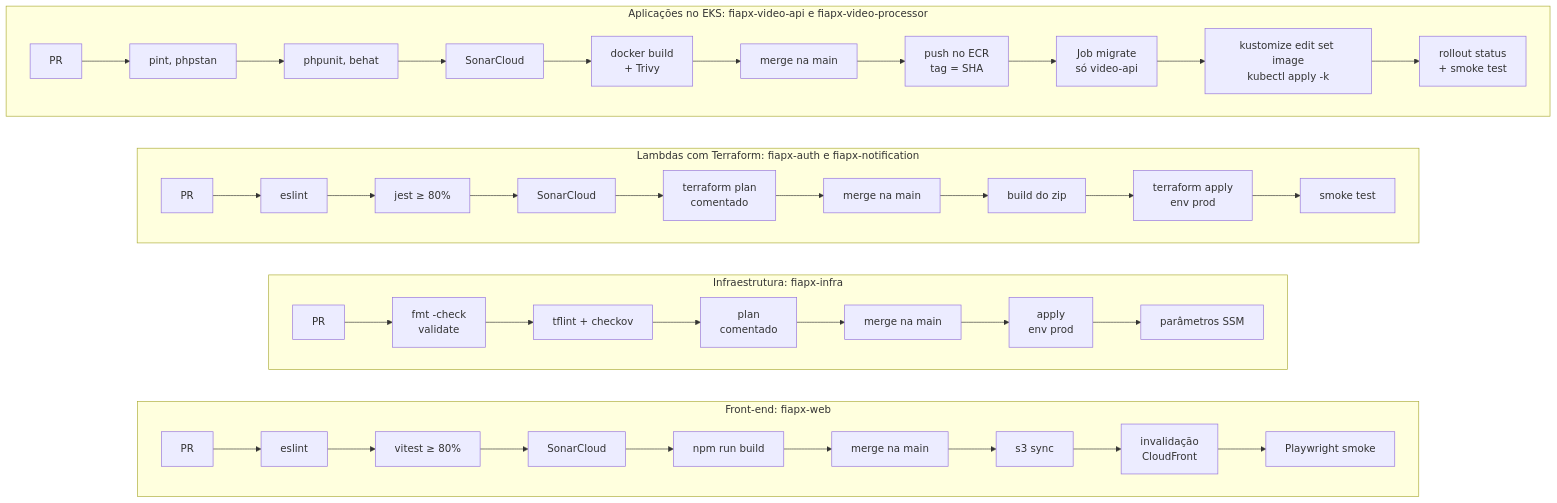
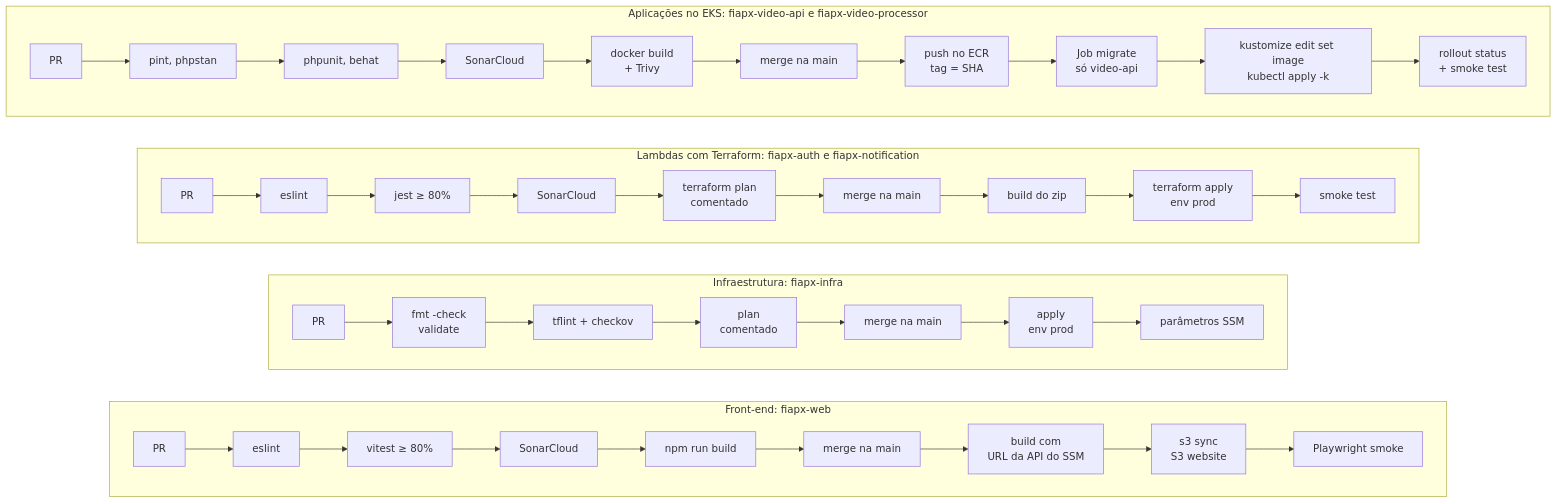
One commit to hackathon-fiap-soat/fiapx-docs changed the first of 2 diagrams in 06-deploy/fluxo-de-deploy.md. Above: the diagram before and after it, drawn with Mermaid. The commit also changed other lines of this file and 59 other files, not shown here.

````diff
--- a/06-deploy/fluxo-de-deploy.md
+++ b/06-deploy/fluxo-de-deploy.md
@@ -31,20 +40,20 @@
 ```mermaid
 flowchart TB
   subgraph EKS["Aplicações no EKS: fiapx-video-api e fiapx-video-processor"]
     direction LR
     E1["PR"] --> E2["pint, phpstan"] --> E3["phpunit, behat"] --> E4["SonarCloud"] --> E5["docker build<br/>+ Trivy"] --> E6["merge na main"] --> E7["push no ECR<br/>tag = SHA"] --> E8["Job migrate<br/>só video-api"] --> E9["kustomize edit set image<br/>kubectl apply -k"] --> E10["rollout status<br/>+ smoke test"]
   end
   subgraph LAMBDA["Lambdas com Terraform: fiapx-auth e fiapx-notification"]
     direction LR
     L1["PR"] --> L2["eslint"] --> L3["jest ≥ 80%"] --> L4["SonarCloud"] --> L5["terraform plan<br/>comentado"] --> L6["merge na main"] --> L7["build do zip"] --> L8["terraform apply<br/>env prod"] --> L9["smoke test"]
   end
   subgraph INFRA["Infraestrutura: fiapx-infra"]
     direction LR
     I1["PR"] --> I2["fmt -check<br/>validate"] --> I3["tflint + checkov"] --> I4["plan<br/>comentado"] --> I5["merge na main"] --> I6["apply<br/>env prod"] --> I7["parâmetros SSM"]
   end
   subgraph WEB["Front-end: fiapx-web"]
     direction LR
-    W1["PR"] --> W2["eslint"] --> W3["vitest ≥ 80%"] --> W4["SonarCloud"] --> W5["npm run build"] --> W6["merge na main"] --> W7["s3 sync"] --> W8["invalidação<br/>CloudFront"] --> W9["Playwright smoke"]
+    W1["PR"] --> W2["eslint"] --> W3["vitest ≥ 80%"] --> W4["SonarCloud"] --> W5["npm run build"] --> W6["merge na main"] --> W7["build com<br/>URL da API do SSM"] --> W8["s3 sync<br/>S3 website"] --> W9["Playwright smoke"]
   end
   EKS ~~~ LAMBDA ~~~ INFRA ~~~ WEB
 ```
````
